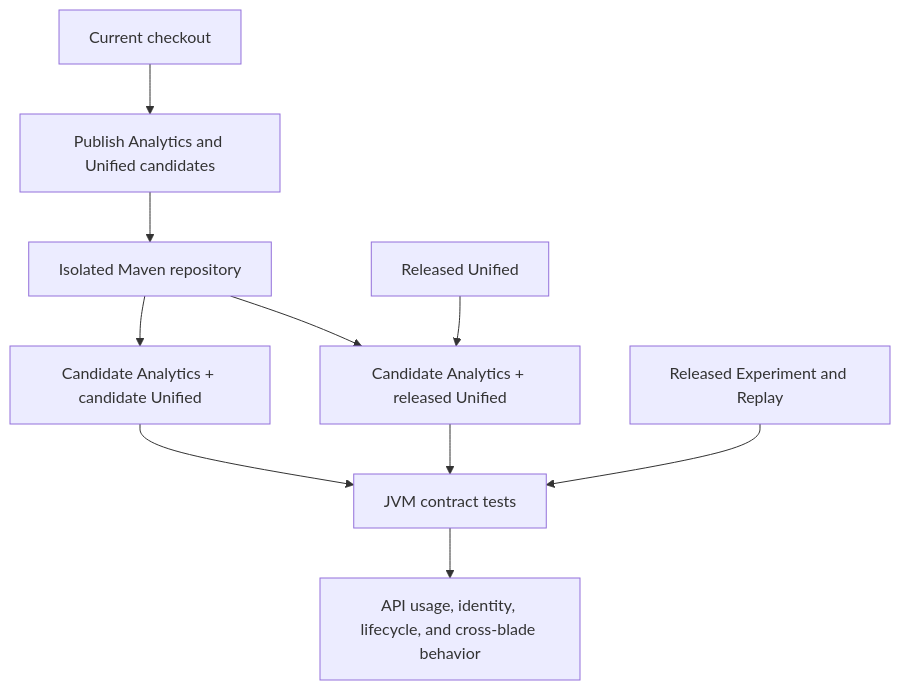
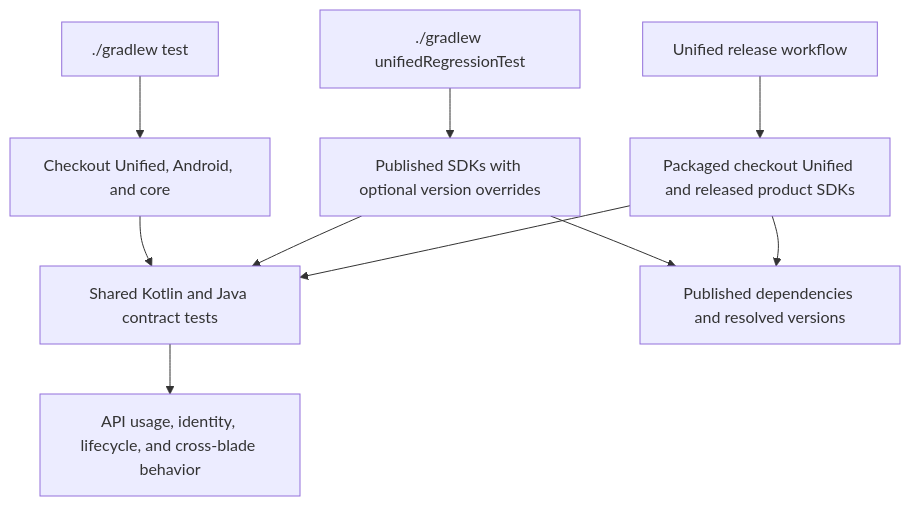
The diagram in sdk-verification/README.md (amplitude/Amplitude-Kotlin), drawn with Mermaid before and after one commit. The commit also changed other lines of this file and 8 other files, not shown here.

Commit message:
test: separate checkout contracts from published regression

````diff
--- a/sdk-verification/README.md
+++ b/sdk-verification/README.md
@@ -19,12 +65,12 @@
 ```mermaid
 flowchart TD
-    Source[Current checkout] --> Publish[Publish Analytics and Unified candidates]
-    Publish --> Maven[Isolated Maven repository]
-    Maven --> Candidate[Candidate Analytics + candidate Unified]
-    Maven --> Released[Candidate Analytics + released Unified]
-    Baseline[Released Unified] --> Released
-    Candidate --> Contracts[JVM contract tests]
-    Released --> Contracts
-    Blades[Released Experiment and Replay] --> Contracts
-    Contracts --> Checks[API usage, identity, lifecycle, and cross-blade behavior]
+    Local["./gradlew test"] --> Projects[Checkout Unified, Android, and core]
+    Published["./gradlew unifiedRegressionTest"] --> Maven[Published SDKs with optional version overrides]
+    Projects --> Contracts[Shared Kotlin and Java contract tests]
+    Maven --> Contracts
+    Release[Unified release workflow] --> Candidate[Packaged checkout Unified and released product SDKs]
+    Candidate --> Contracts
+    Contracts --> Behavior[API usage, identity, lifecycle, and cross-blade behavior]
+    Maven --> Metadata[Published dependencies and resolved versions]
+    Candidate --> Metadata
 ```
````
